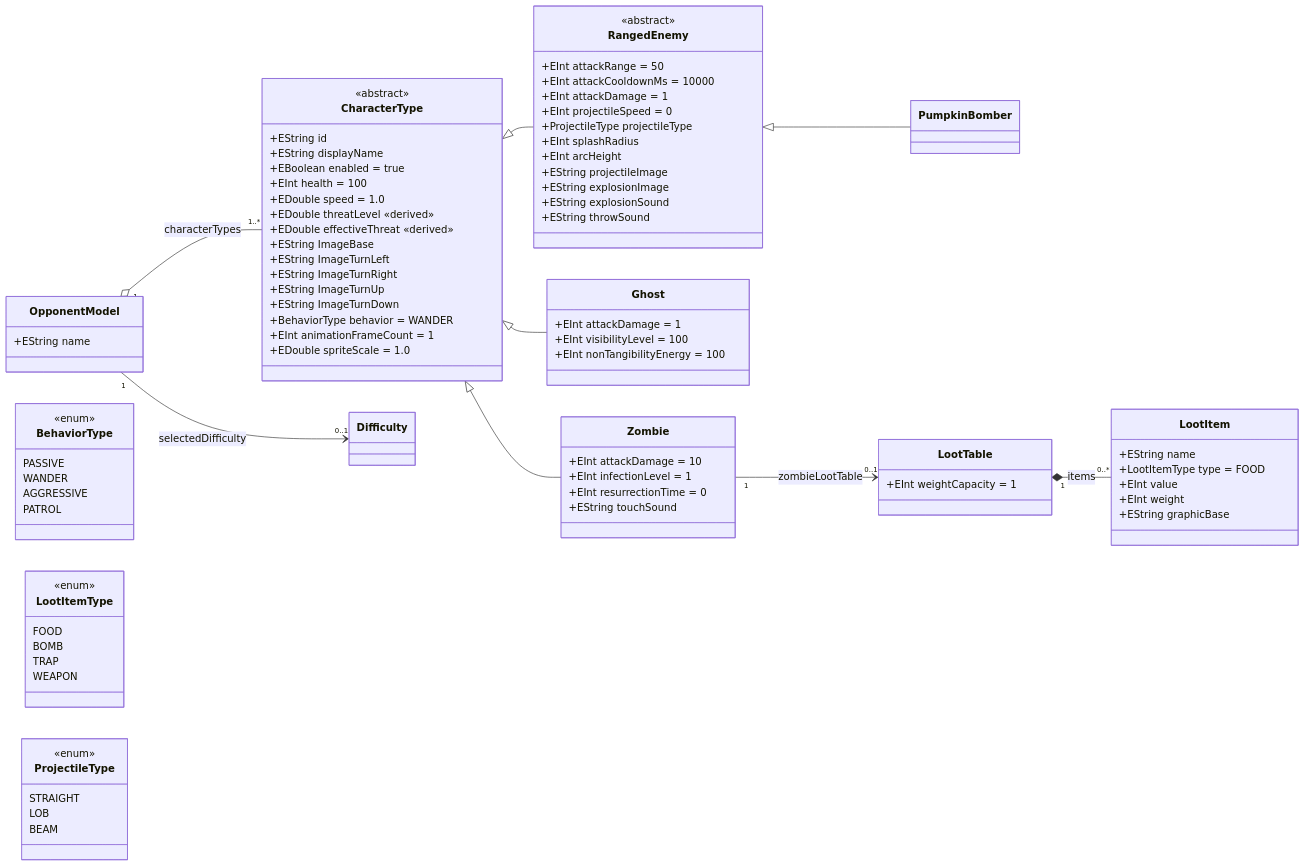
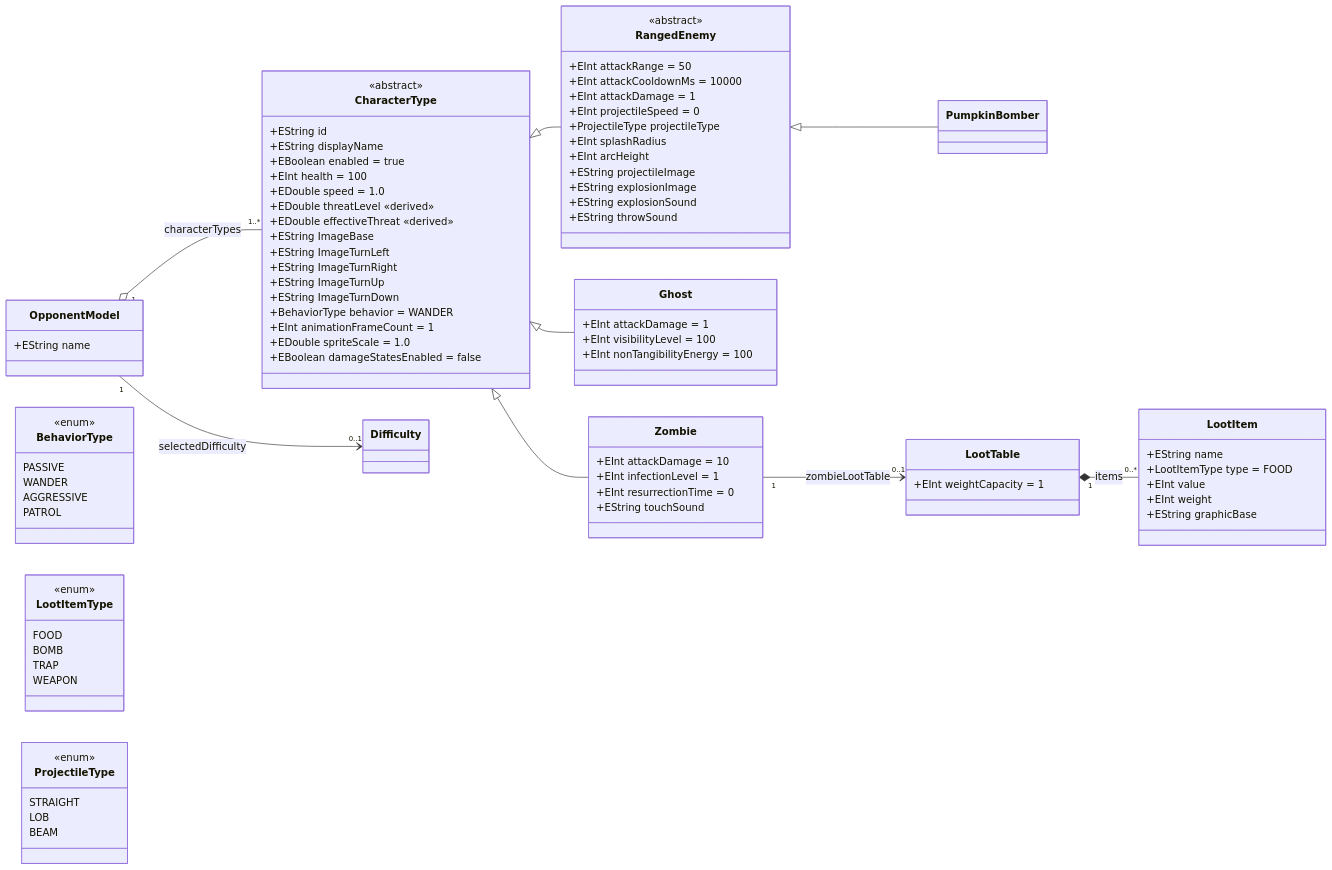
One commit to itnifl/MazeGame changed the first of 2 diagrams in main.game.maze.opponents/readme.md. Above: the diagram before and after it, drawn with Mermaid. The commit also changed other lines of this file and 8 other files, not shown here.

Commit message:
feat(F80-2): add damageStatesEnabled to opponents.ecore and regenerate EMF code (fixes #137) (#159)

```diff
--- a/main.game.maze.opponents/readme.md
+++ b/main.game.maze.opponents/readme.md
@@ -53,6 +53,7 @@
         +BehaviorType behavior = WANDER
         +EInt animationFrameCount = 1
         +EDouble spriteScale = 1.0
+        +EBoolean damageStatesEnabled = false
     }
     class Zombie {
         +EInt attackDamage = 10
```
